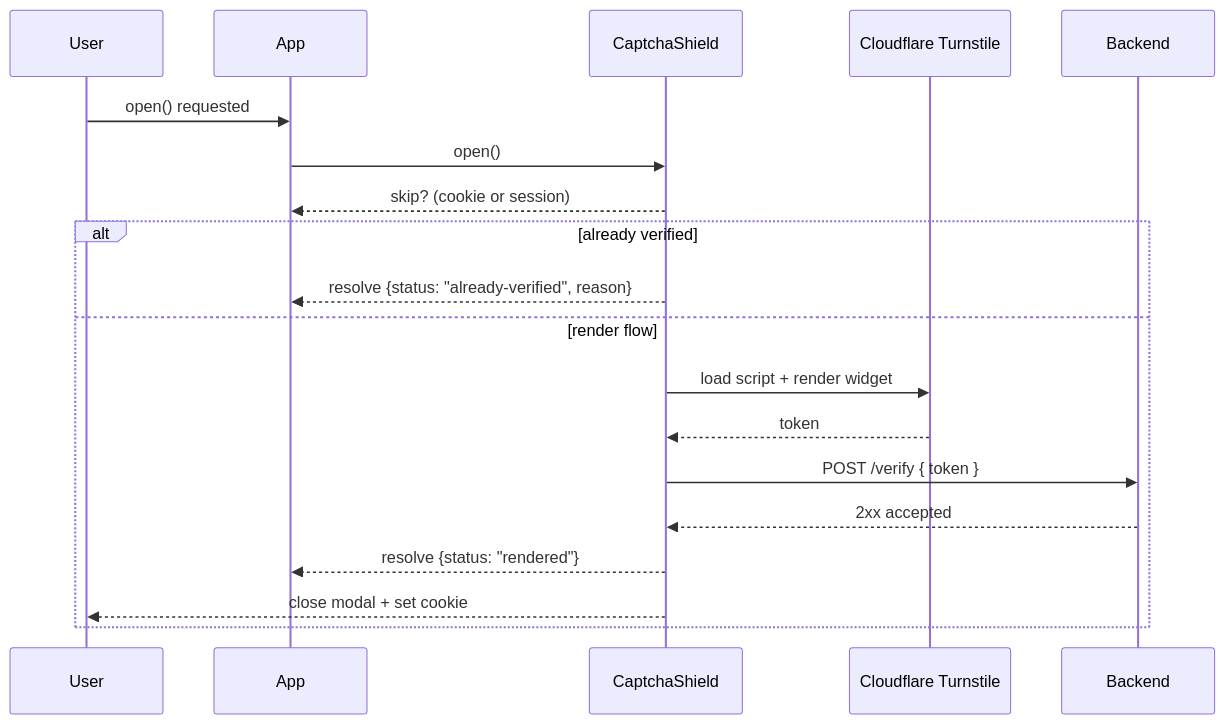
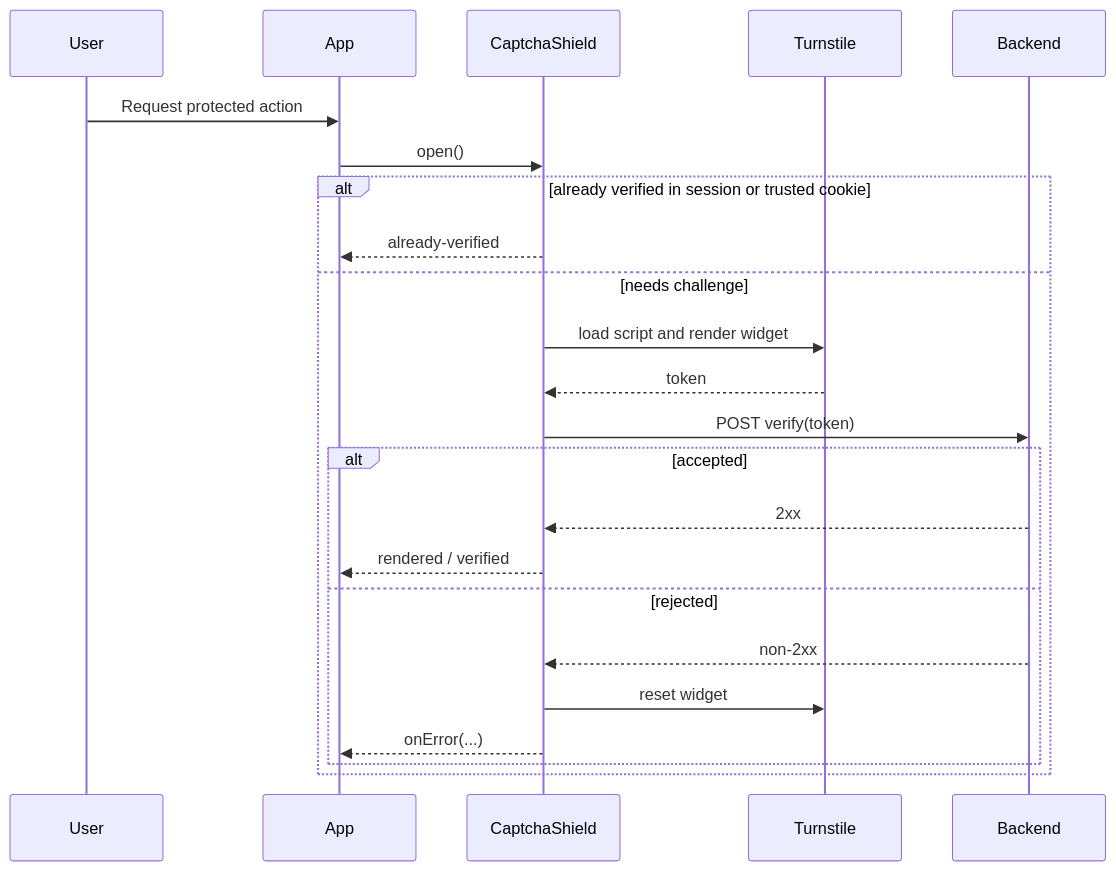
Before and after one commit to N0tMaggi/CapchaShield: the first of 4 diagrams in README.md, drawn with Mermaid. The commit also changed other lines of this file and 23 other files, not shown here.

````diff
--- a/README.md
+++ b/README.md
@@ -33,22 +74,26 @@
 ```mermaid
 sequenceDiagram
     participant User
     participant App
     participant CaptchaShield
-    participant Turnstile as Cloudflare Turnstile
+    participant Turnstile
     participant Backend
 
-    User->>App: open() requested
+    User->>App: Request protected action
     App->>CaptchaShield: open()
-    CaptchaShield-->>App: skip? (cookie or session)
-    alt already verified
-        CaptchaShield-->>App: resolve {status: "already-verified", reason}
-    else render flow
-        CaptchaShield->>Turnstile: load script + render widget
+    alt already verified in session or trusted cookie
+        CaptchaShield-->>App: already-verified
+    else needs challenge
+        CaptchaShield->>Turnstile: load script and render widget
         Turnstile-->>CaptchaShield: token
-        CaptchaShield->>Backend: POST /verify { token }
-        Backend-->>CaptchaShield: 2xx accepted
-        CaptchaShield-->>App: resolve {status: "rendered"}
-        CaptchaShield-->>User: close modal + set cookie
+        CaptchaShield->>Backend: POST verify(token)
+        alt accepted
+            Backend-->>CaptchaShield: 2xx
+            CaptchaShield-->>App: rendered / verified
+        else rejected
+            Backend-->>CaptchaShield: non-2xx
+            CaptchaShield->>Turnstile: reset widget
+            CaptchaShield-->>App: onError(...)
+        end
     end
 ```
````
